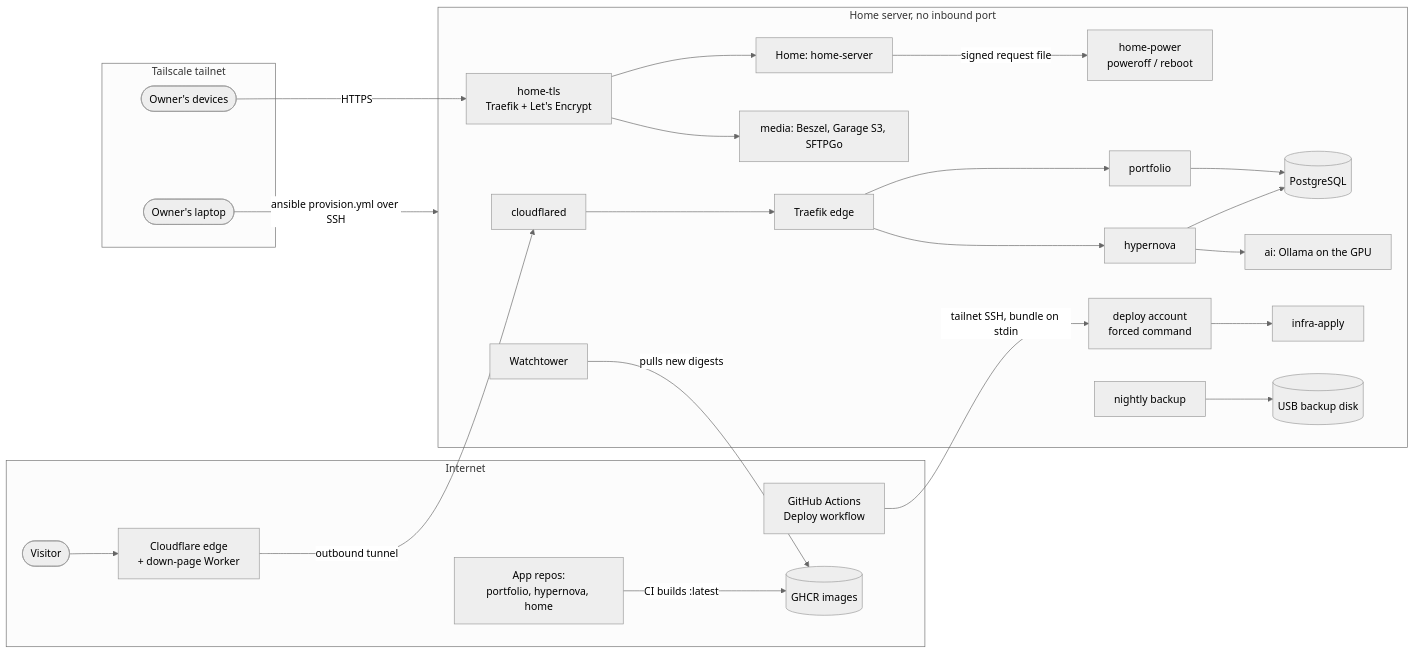
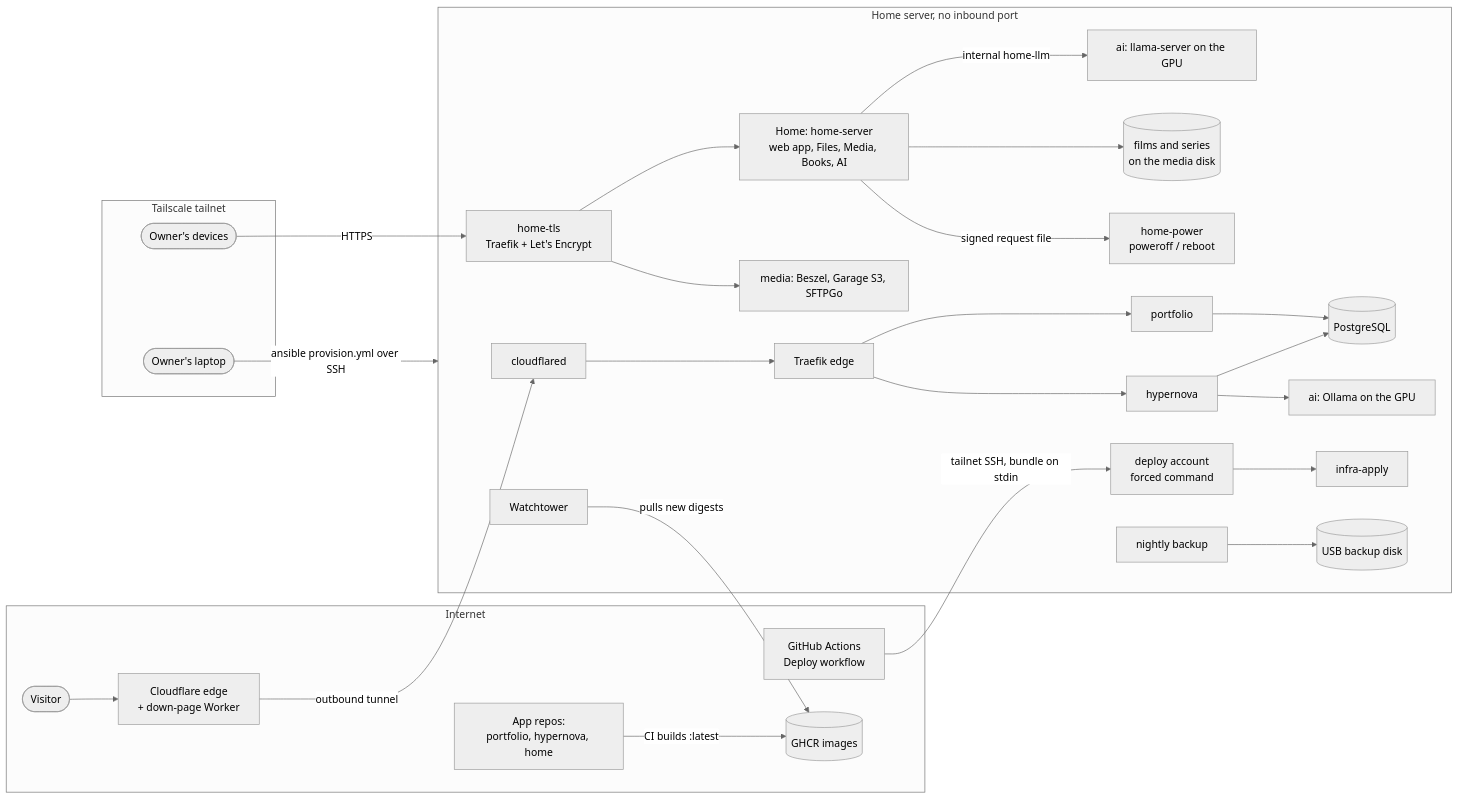
The diagram in README.md (somethim-home/infrastructure), drawn with Mermaid (neutral theme) before and after one commit. The commit also changed other lines of this file and 10 other files, not shown here.

Commit message:
docs(home): add the Home deploy guide and document its secrets, models, GPU budget, backups and DNS

````diff
--- a/README.md
+++ b/README.md
@@ -16,35 +16,37 @@
 ```mermaid
 flowchart LR
   subgraph internet[Internet]
     visitor([Visitor])
     cf[Cloudflare edge<br/>+ down-page Worker]
     gh[GitHub Actions<br/>Deploy workflow]
     ghcr[(GHCR images)]
     apps[App repos:<br/>portfolio, hypernova, home]
   end
   subgraph tailnet[Tailscale tailnet]
     owner([Owner's devices])
     laptop([Owner's laptop])
   end
   subgraph host[Home server, no inbound port]
     cfd[cloudflared] --> traefik[Traefik edge]
     traefik --> portfolio[portfolio]
     traefik --> hypernova[hypernova]
     portfolio --> pg[(PostgreSQL)]
     hypernova --> pg
     hypernova --> ollama[ai: Ollama on the GPU]
-    hometls[home-tls<br/>Traefik + Let's Encrypt] --> home[Home: home-server]
+    hometls[home-tls<br/>Traefik + Let's Encrypt] --> home[Home: home-server<br/>web app, Files, Media, Books, AI]
+    home -- internal home-llm --> llama[ai: llama-server on the GPU]
+    home --> library[(films and series<br/>on the media disk)]
     hometls --> media[media: Beszel, Garage S3, SFTPGo]
     wt[Watchtower]
     gate[deploy account<br/>forced command] --> apply[infra-apply]
     home -- signed request file --> power[home-power<br/>poweroff / reboot]
     backup[nightly backup] --> usb[(USB backup disk)]
   end
   visitor --> cf
   cf -- outbound tunnel --> cfd
   owner -- HTTPS --> hometls
   laptop -- ansible provision.yml over SSH --> host
   gh -- tailnet SSH, bundle on stdin --> gate
   apps -- CI builds :latest --> ghcr
   wt -- pulls new digests --> ghcr
 ```
````
